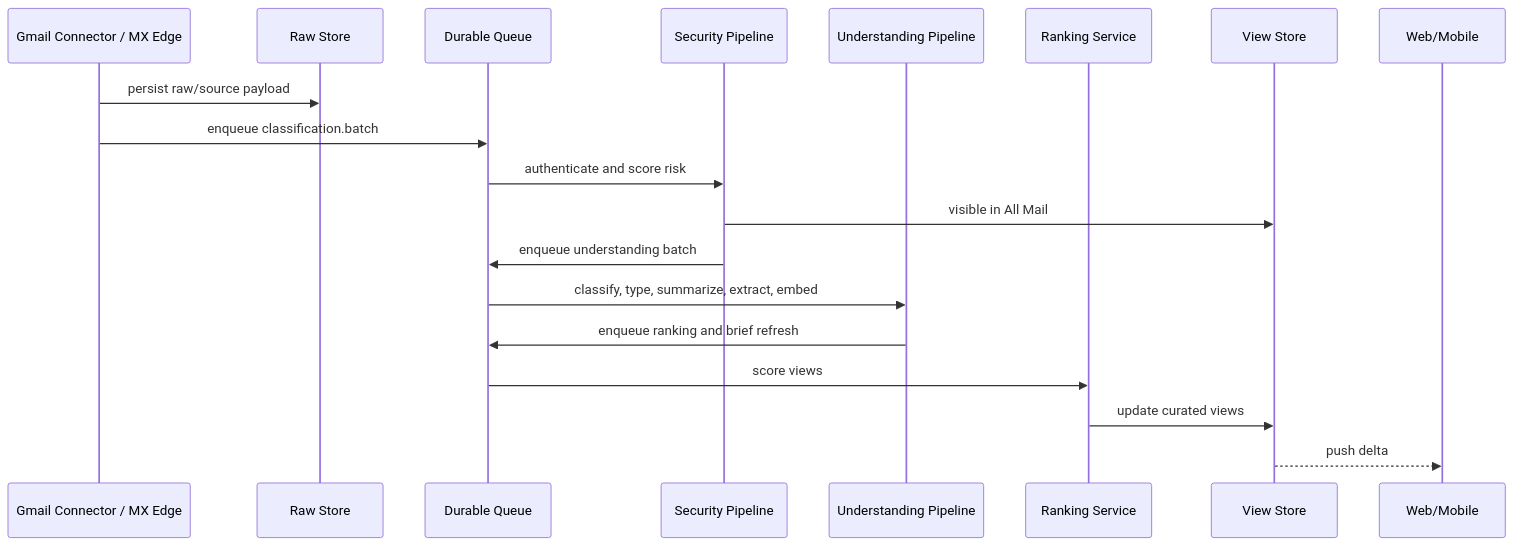
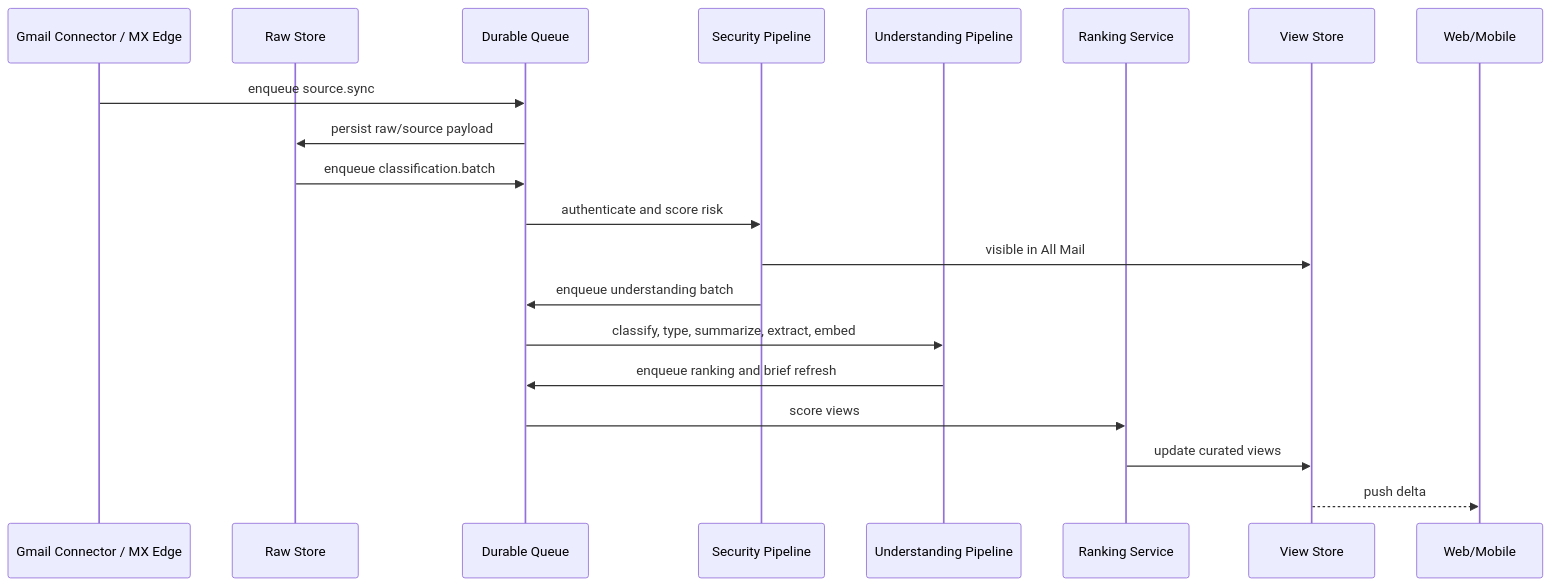
One commit to withjam/sanemail changed the second of 2 diagrams in docs/architecture.md. Above: the diagram before and after it, drawn with Mermaid. The commit also changed other lines of this file and 31 other files, not shown here.

Commit message:
more flow

````diff
--- a/docs/architecture.md
+++ b/docs/architecture.md
@@ -307,22 +311,23 @@
 ```mermaid
 sequenceDiagram
     participant Source as Gmail Connector / MX Edge
     participant Raw as Raw Store
     participant Queue as Durable Queue
     participant Trust as Security Pipeline
     participant AI as Understanding Pipeline
     participant Rank as Ranking Service
     participant View as View Store
     participant App as Web/Mobile
 
-    Source->>Raw: persist raw/source payload
-    Source->>Queue: enqueue classification.batch
+    Source->>Queue: enqueue source.sync
+    Queue->>Raw: persist raw/source payload
+    Raw->>Queue: enqueue classification.batch
     Queue->>Trust: authenticate and score risk
     Trust->>View: visible in All Mail
     Trust->>Queue: enqueue understanding batch
     Queue->>AI: classify, type, summarize, extract, embed
     AI->>Queue: enqueue ranking and brief refresh
     Queue->>Rank: score views
     Rank->>View: update curated views
     View-->>App: push delta
 ```
````
